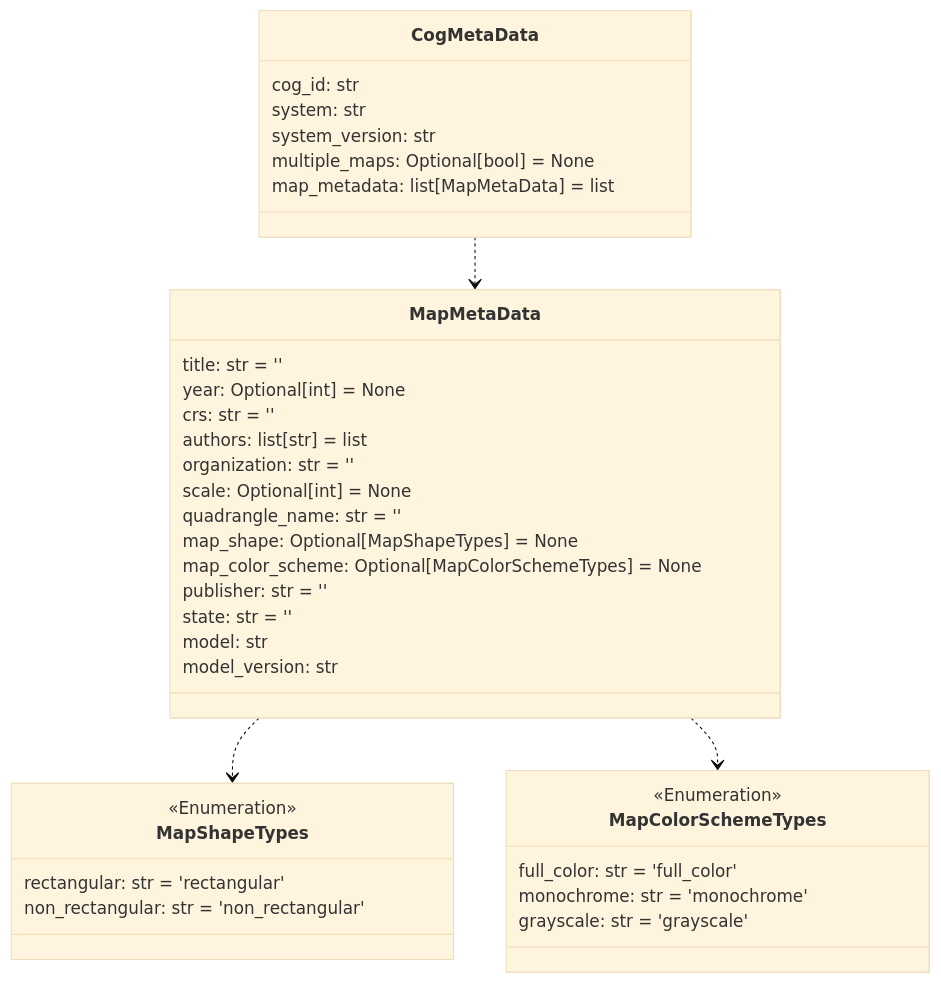
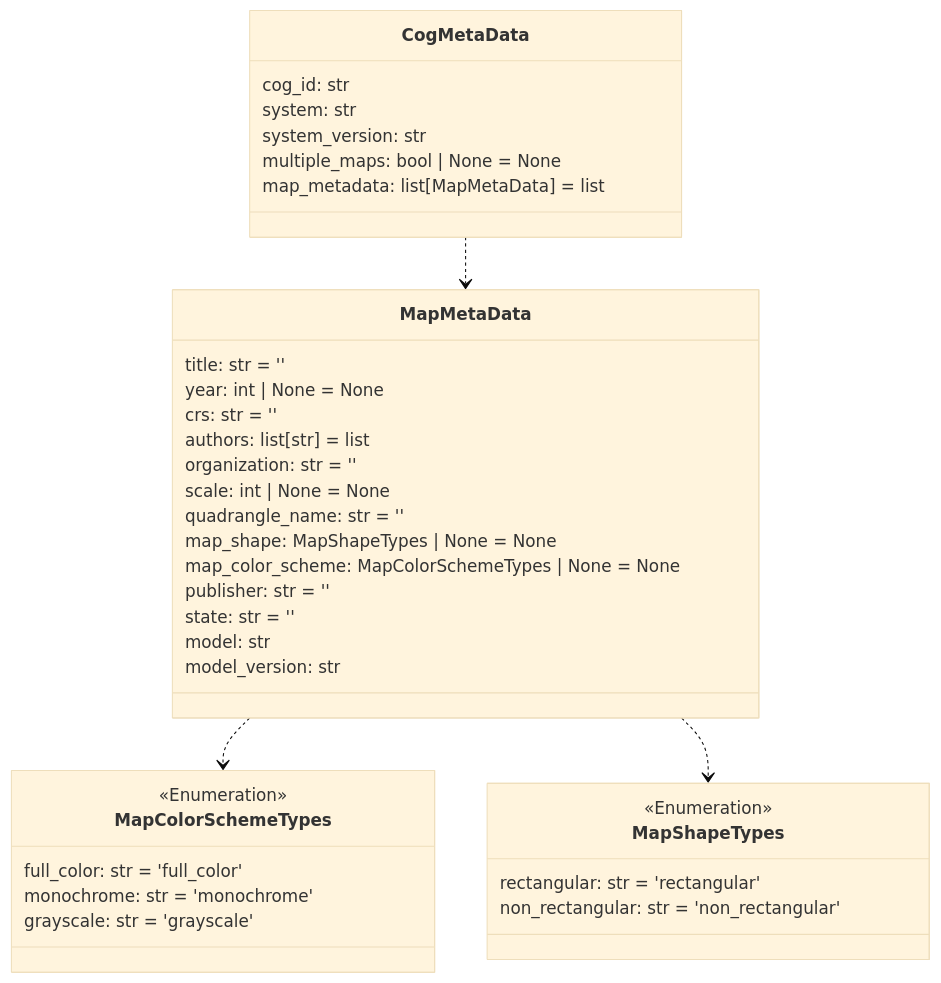
Before and after one commit to DARPA-CRITICALMAAS/cdr_schemas: the eighth of 12 diagrams in README.md, drawn with Mermaid (base theme). The commit also changed other lines of this file, not shown here.

Commit message:
Update README with new ERD

````diff
--- a/README.md
+++ b/README.md
@@ -613,46 +638,46 @@
 ```mermaid
 classDiagram
 
-    class MapMetaData {
-        title: str = ''
-        year: Optional[int] = None
-        crs: str = ''
-        authors: list[str] = list
-        organization: str = ''
-        scale: Optional[int] = None
-        quadrangle_name: str = ''
-        map_shape: Optional[MapShapeTypes] = None
-        map_color_scheme: Optional[MapColorSchemeTypes] = None
-        publisher: str = ''
-        state: str = ''
-        model: str
-        model_version: str
-    }
-
-    class CogMetaData {
-        cog_id: str
-        system: str
-        system_version: str
-        multiple_maps: Optional[bool] = None
-        map_metadata: list[MapMetaData] = list
+    class MapColorSchemeTypes {
+        <<Enumeration>>
+        full_color: str = 'full_color'
+        monochrome: str = 'monochrome'
+        grayscale: str = 'grayscale'
     }
 
     class MapShapeTypes {
         <<Enumeration>>
         rectangular: str = 'rectangular'
         non_rectangular: str = 'non_rectangular'
     }
 
-    class MapColorSchemeTypes {
-        <<Enumeration>>
-        full_color: str = 'full_color'
-        monochrome: str = 'monochrome'
-        grayscale: str = 'grayscale'
+    class CogMetaData {
+        cog_id: str
+        system: str
+        system_version: str
+        multiple_maps: bool | None = None
+        map_metadata: list[MapMetaData] = list
     }
 
+    class MapMetaData {
+        title: str = ''
+        year: int | None = None
+        crs: str = ''
+        authors: list[str] = list
+        organization: str = ''
+        scale: int | None = None
+        quadrangle_name: str = ''
+        map_shape: MapShapeTypes | None = None
+        map_color_scheme: MapColorSchemeTypes | None = None
+        publisher: str = ''
+        state: str = ''
+        model: str
+        model_version: str
+    }
+
+    MapMetaData ..> MapColorSchemeTypes
     MapMetaData ..> MapShapeTypes
-    MapMetaData ..> MapColorSchemeTypes
     CogMetaData ..> MapMetaData
 
 
 ```
````
